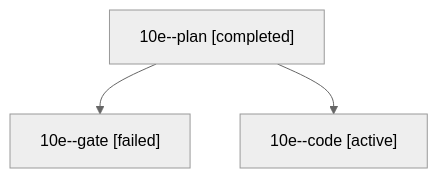
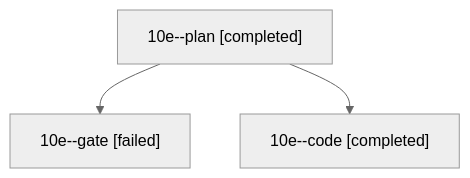
The diagram in sessions/bbugyi200.athena.10e.md (bobs-org/bob-cli--agents), drawn with Mermaid (neutral theme) before and after one commit. The commit also changed other lines of this file and 21 other files, not shown here.

````diff
--- a/sessions/bbugyi200.athena.10e.md
+++ b/sessions/bbugyi200.athena.10e.md
@@ -9,8 +9,8 @@
 ```mermaid
 flowchart TD
   n0["10e--plan [completed]"]
   n1["10e--gate [failed]"]
   n0 --> n1
-  n2["10e--code [active]"]
+  n2["10e--code [completed]"]
   n0 --> n2
 ```
````
